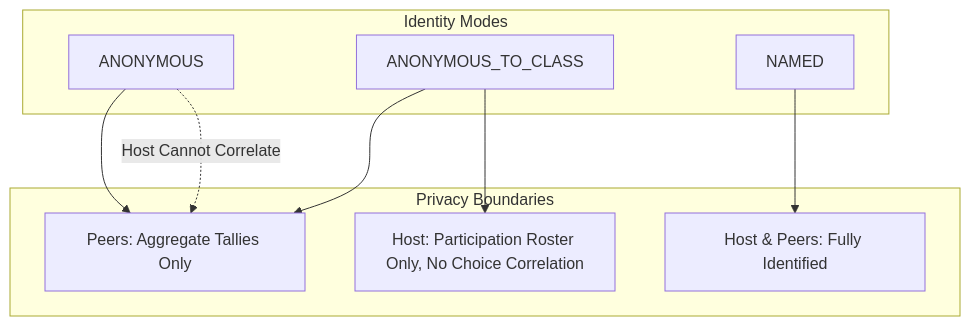
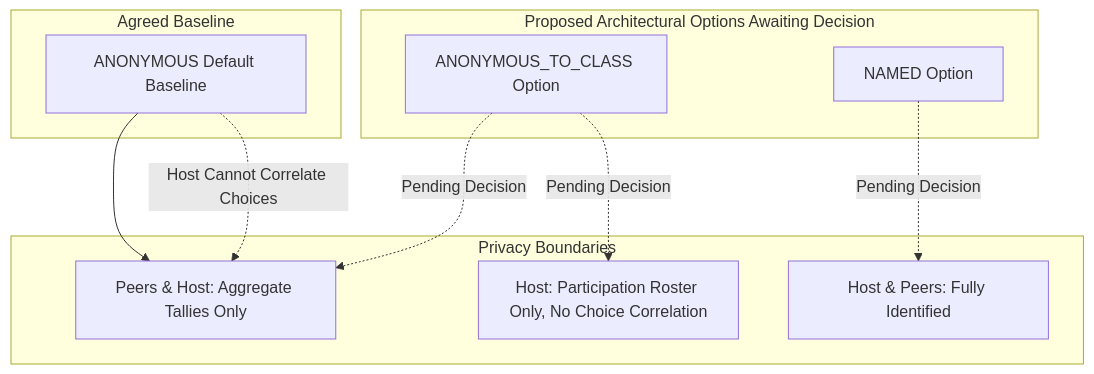
One commit to Aarathi1535/assignment_evaluation-IIIT-Hyd changed the fifth of 9 diagrams in docs/learning-module.md. Above: the diagram before and after it, drawn with Mermaid. The commit also changed other lines of this file and 2 other files, not shown here.

````diff
--- a/docs/learning-module.md
+++ b/docs/learning-module.md
@@ -386,20 +445,23 @@
 ```mermaid
 flowchart TD
-    subgraph Identity Modes
-        M1[ANONYMOUS]
-        M2[ANONYMOUS_TO_CLASS]
-        M3[NAMED]
+    subgraph Agreed Baseline
+        M1[ANONYMOUS Default Baseline]
+    end
+
+    subgraph Proposed Architectural Options Awaiting Decision
+        M2[ANONYMOUS_TO_CLASS Option]
+        M3[NAMED Option]
     end
 
     subgraph Privacy Boundaries
-        P1[Peers: Aggregate Tallies Only]
+        P1[Peers & Host: Aggregate Tallies Only]
         P2[Host: Participation Roster Only, No Choice Correlation]
         P3[Host & Peers: Fully Identified]
     end
 
     M1 --> P1
-    M1 -.->|Host Cannot Correlate| P1
-    M2 --> P1
-    M2 --> P2
-    M3 --> P3
+    M1 -.->|Host Cannot Correlate Choices| P1
+    M2 -.->|Pending Decision| P1
+    M2 -.->|Pending Decision| P2
+    M3 -.->|Pending Decision| P3
 ```
````
